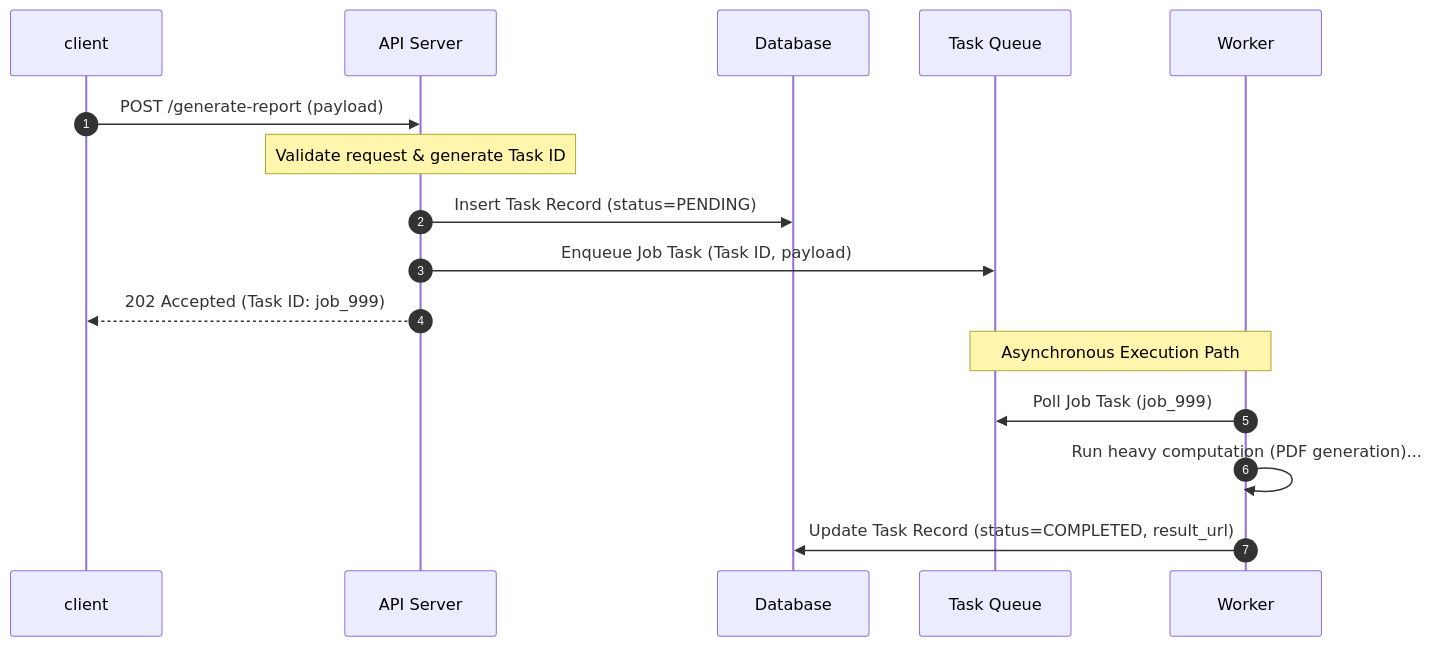
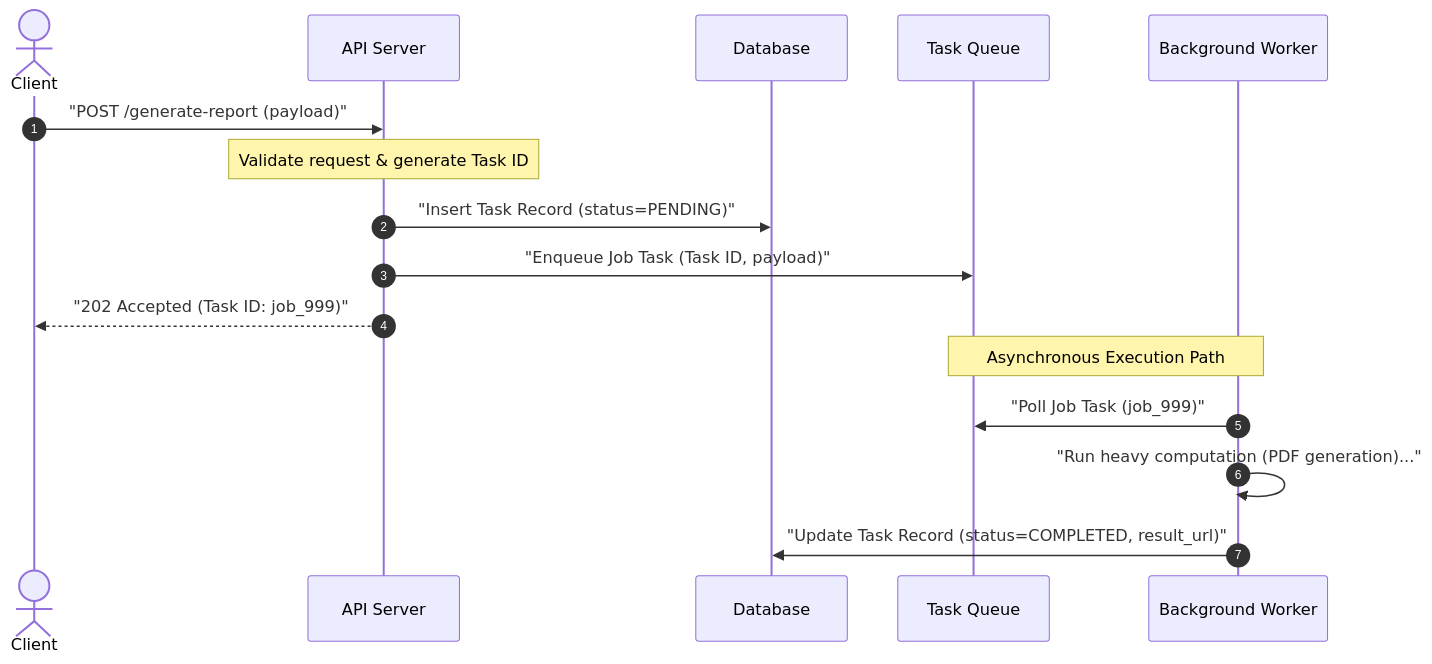
Before and after one commit to weifengcao/deep_system_design: the first of 3 diagrams in Patterns/07_long_running_tasks.md, drawn with Mermaid. The commit also changed 7 other files, not shown here.

First line of the commit message:
fix: resolve Mermaid diagram parsing errors across all pattern files

````diff
--- a/Patterns/07_long_running_tasks.md
+++ b/Patterns/07_long_running_tasks.md
@@ -13,13 +13,19 @@
 ```mermaid
 sequenceDiagram
     autonumber
-    client->>API Server: POST /generate-report (payload)
-    Note over API Server: Validate request & generate Task ID
-    API Server->>Database: Insert Task Record (status=PENDING)
-    API Server->>Task Queue: Enqueue Job Task (Task ID, payload)
-    API Server-->>client: 202 Accepted (Task ID: job_999)
-    Note over Task Queue,Worker: Asynchronous Execution Path
-    Worker->>Task Queue: Poll Job Task (job_999)
-    Worker->>Worker: Run heavy computation (PDF generation)...
-    Worker->>Database: Update Task Record (status=COMPLETED, result_url)
+    actor Client as Client
+    participant API as API Server
+    participant DB as Database
+    participant Queue as Task Queue
+    participant Worker as Background Worker
+
+    Client->>API: "POST /generate-report (payload)"
+    Note over API: Validate request & generate Task ID
+    API->>DB: "Insert Task Record (status=PENDING)"
+    API->>Queue: "Enqueue Job Task (Task ID, payload)"
+    API-->>Client: "202 Accepted (Task ID: job_999)"
+    Note over Queue,Worker: Asynchronous Execution Path
+    Worker->>Queue: "Poll Job Task (job_999)"
+    Worker->>Worker: "Run heavy computation (PDF generation)..."
+    Worker->>DB: "Update Task Record (status=COMPLETED, result_url)"
 ```
````
